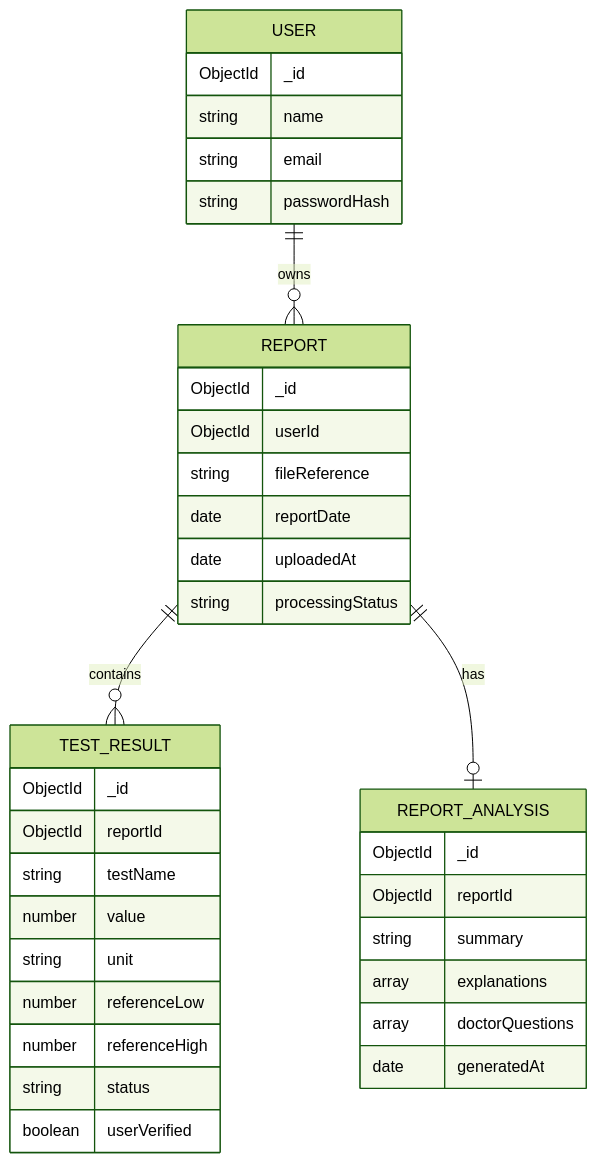
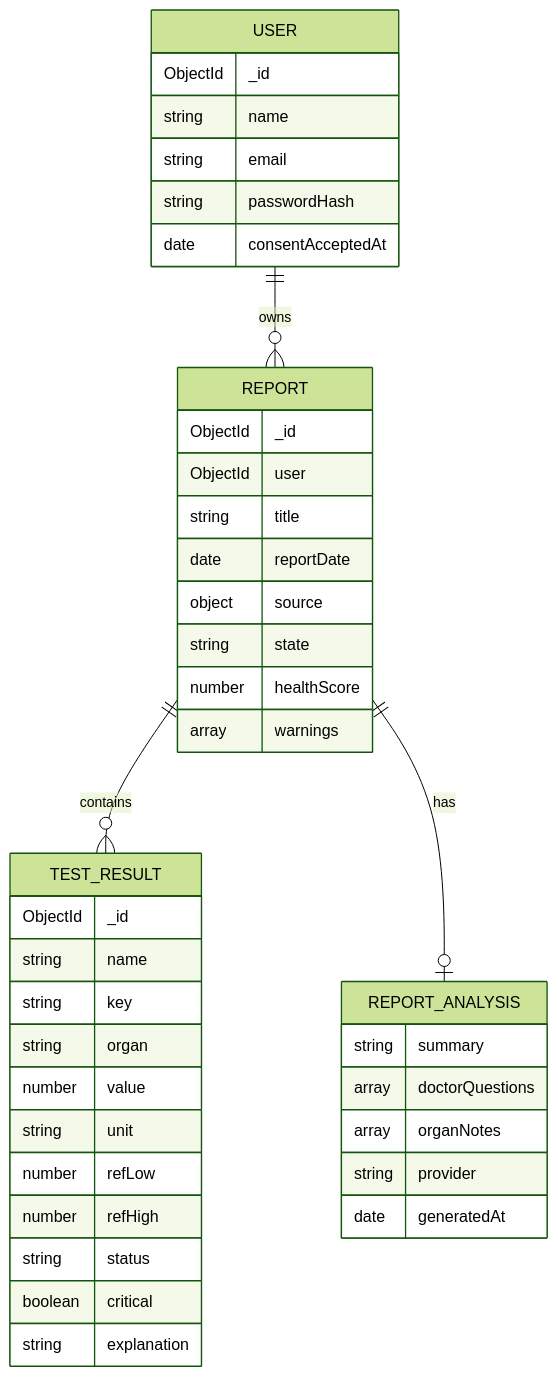
The second of 2 diagrams in docs/README.md (kritikayadav06/AI-Health-Report-Translator), drawn with Mermaid (forest theme) before and after one commit. The commit also changed other lines of this file, not shown here.

````diff
--- a/docs/README.md
+++ b/docs/README.md
@@ -84,40 +87,44 @@
 ```mermaid
 erDiagram
     USER ||--o{ REPORT : owns
     REPORT ||--o{ TEST_RESULT : contains
     REPORT ||--o| REPORT_ANALYSIS : has
 
     USER {
         ObjectId _id
         string name
         string email
         string passwordHash
+        date consentAcceptedAt
     }
     REPORT {
         ObjectId _id
-        ObjectId userId
-        string fileReference
+        ObjectId user
+        string title
         date reportDate
-        date uploadedAt
-        string processingStatus
+        object source
+        string state
+        number healthScore
+        array warnings
     }
     TEST_RESULT {
         ObjectId _id
-        ObjectId reportId
-        string testName
+        string name
+        string key
+        string organ
         number value
         string unit
-        number referenceLow
-        number referenceHigh
+        number refLow
+        number refHigh
         string status
-        boolean userVerified
+        boolean critical
+        string explanation
     }
     REPORT_ANALYSIS {
-        ObjectId _id
-        ObjectId reportId
         string summary
-        array explanations
         array doctorQuestions
+        array organNotes
+        string provider
         date generatedAt
     }
 ```
````
